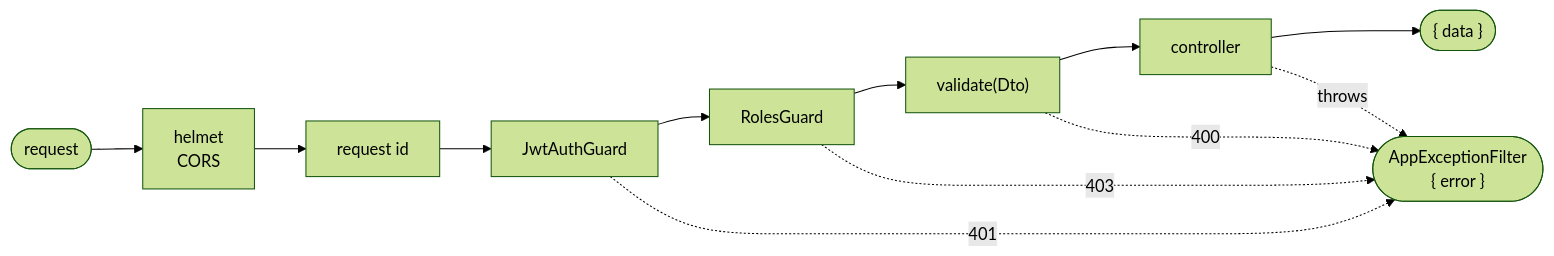
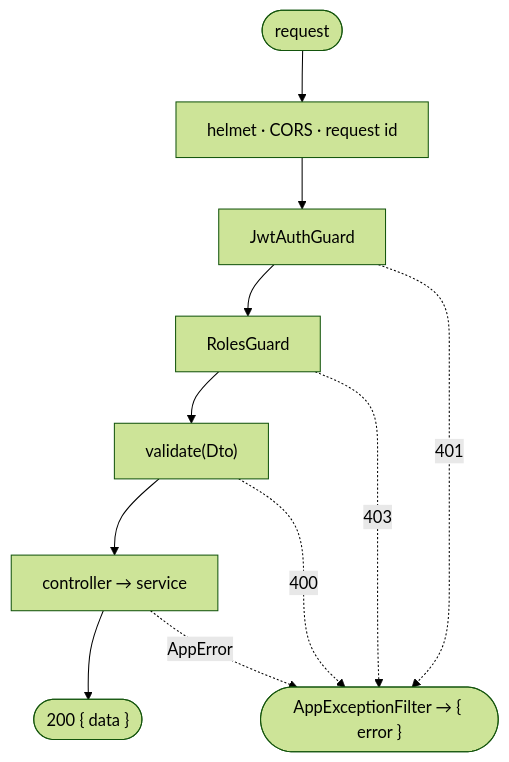
Before and after one commit to 2tsoftwareapp/super-template: the second of 3 diagrams in docs/guide/architecture.md, drawn with Mermaid (forest theme). The commit also changed other lines of this file, not shown here.

Commit message:
docs: make architecture diagrams readable

````diff
--- a/docs/guide/architecture.md
+++ b/docs/guide/architecture.md
@@ -75,8 +75,13 @@
 ```mermaid
-flowchart LR
-  req([request]) --> h["helmet<br/>CORS"] --> rid["request id"] --> jwt["JwtAuthGuard"] --> roles["RolesGuard"] --> val["validate(Dto)"] --> ctl["controller"] --> ok(["{ data }"])
-  jwt -. "401" .-> err(["AppExceptionFilter<br/>{ error }"])
+flowchart TD
+  req([request]) --> mw["helmet · CORS · request id"]
+  mw --> jwt["JwtAuthGuard"]
+  jwt --> roles["RolesGuard"]
+  roles --> val["validate(Dto)"]
+  val --> ctl["controller → service"]
+  ctl --> ok(["200 { data }"])
+  jwt -. "401" .-> err(["AppExceptionFilter → { error }"])
   roles -. "403" .-> err
   val -. "400" .-> err
-  ctl -. "throws" .-> err
+  ctl -. "AppError" .-> err
 ```
````
